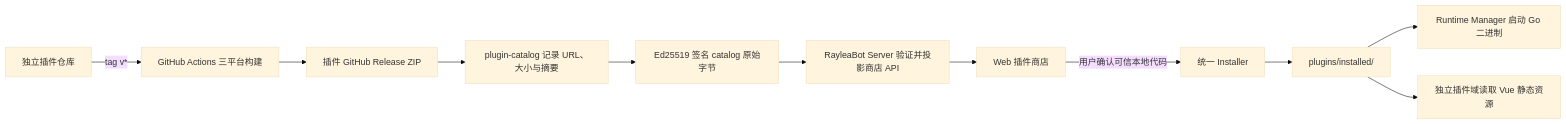
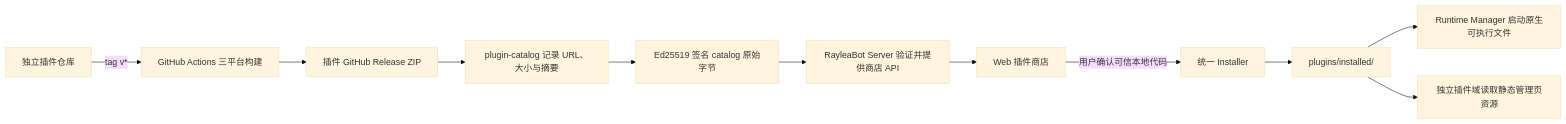
The diagram in docs/plugin/store-and-development.md (RayleaBot/RayleaBot), drawn with Mermaid (base theme) before and after one commit. The commit also changed other lines of this file and 506 other files, not shown here.

````diff
--- a/docs/plugin/store-and-development.md
+++ b/docs/plugin/store-and-development.md
@@ -29,13 +29,13 @@
 ```mermaid
 flowchart LR
   P["独立插件仓库"] -->|"tag v*"| A["GitHub Actions 三平台构建"]
   A --> R["插件 GitHub Release ZIP"]
   R --> C["plugin-catalog 记录 URL、大小与摘要"]
   C --> S["Ed25519 签名 catalog 原始字节"]
-  S --> H["RayleaBot Server 验证并投影商店 API"]
+  S --> H["RayleaBot Server 验证并提供商店 API"]
   H --> W["Web 插件商店"]
   W -->|"用户确认可信本地代码"| I["统一 Installer"]
   I --> D["plugins/installed/<plugin_id>"]
-  D --> M["Runtime Manager 启动 Go 二进制"]
-  D --> U["独立插件域读取 Vue 静态资源"]
+  D --> M["Runtime Manager 启动原生可执行文件"]
+  D --> U["独立插件域读取静态管理页资源"]
 ```
````
